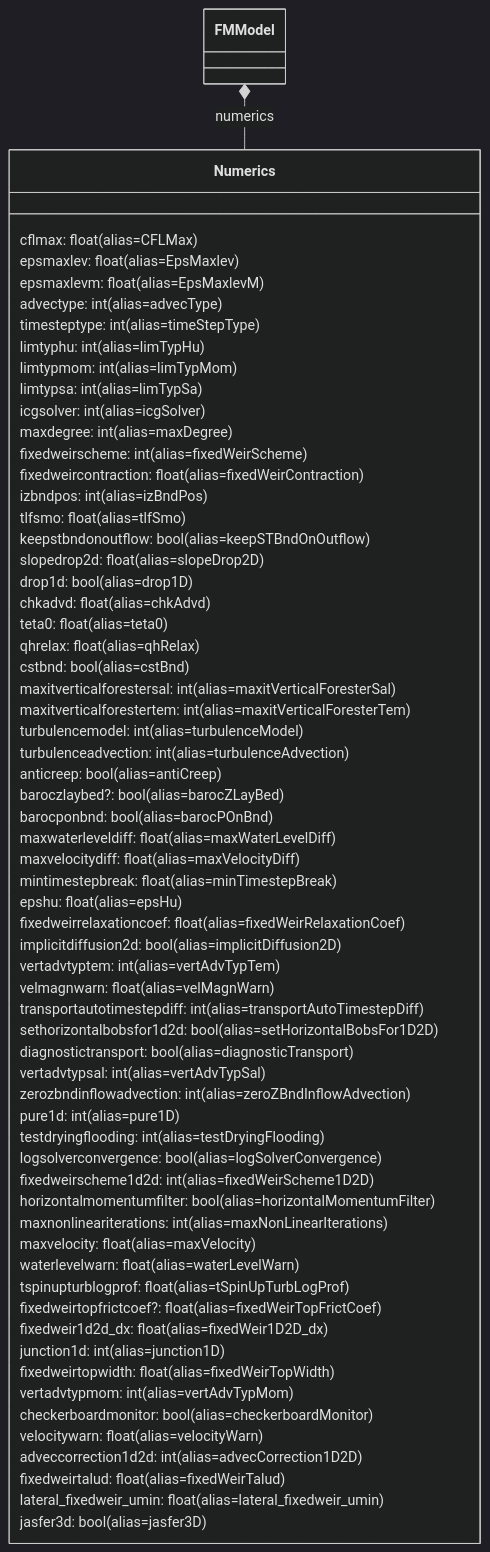
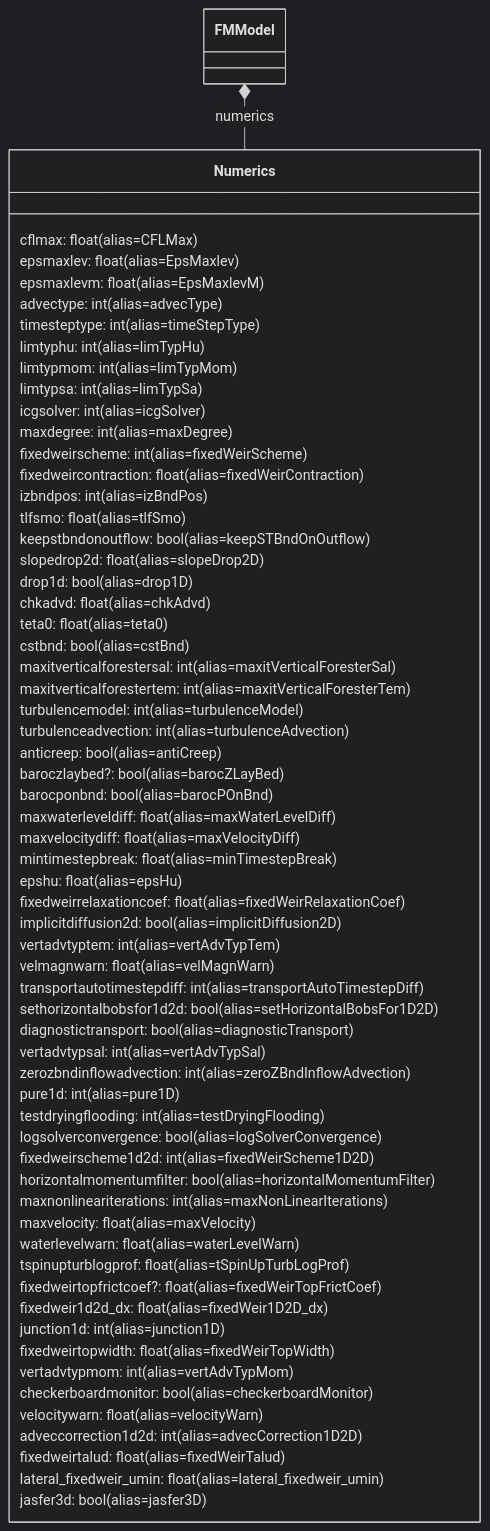
One commit to Deltares/HYDROLIB-core changed the third of 8 diagrams in docs/reference/dflowfm/mdu/fm-model-attributes-detailed.md. Above: the diagram before and after it, drawn with Mermaid (dark theme). The commit also changed 1 other file, not shown here.

Commit message:
feat(models): remove deprecated 'qhrelax' field from model attributes

````diff
--- a/docs/reference/dflowfm/mdu/fm-model-attributes-detailed.md
+++ b/docs/reference/dflowfm/mdu/fm-model-attributes-detailed.md
@@ -215,72 +215,71 @@
 ```mermaid
 classDiagram
     direction TB
 
     class Numerics {
       cflmax: float (alias=CFLMax)
       epsmaxlev: float (alias=EpsMaxlev)
       epsmaxlevm: float (alias=EpsMaxlevM)
       advectype: int (alias=advecType)
       timesteptype: int (alias=timeStepType)
       limtyphu: int (alias=limTypHu)
       limtypmom: int (alias=limTypMom)
       limtypsa: int (alias=limTypSa)
       icgsolver: int (alias=icgSolver)
       maxdegree: int (alias=maxDegree)
       fixedweirscheme: int (alias=fixedWeirScheme)
       fixedweircontraction: float (alias=fixedWeirContraction)
       izbndpos: int (alias=izBndPos)
       tlfsmo: float (alias=tlfSmo)
       keepstbndonoutflow: bool (alias=keepSTBndOnOutflow)
       slopedrop2d: float (alias=slopeDrop2D)
       drop1d: bool (alias=drop1D)
       chkadvd: float (alias=chkAdvd)
       teta0: float (alias=teta0)
-      qhrelax: float (alias=qhRelax)
       cstbnd: bool (alias=cstBnd)
       maxitverticalforestersal: int (alias=maxitVerticalForesterSal)
       maxitverticalforestertem: int (alias=maxitVerticalForesterTem)
       turbulencemodel: int (alias=turbulenceModel)
       turbulenceadvection: int (alias=turbulenceAdvection)
       anticreep: bool (alias=antiCreep)
       baroczlaybed?: bool (alias=barocZLayBed)
       barocponbnd: bool (alias=barocPOnBnd)
       maxwaterleveldiff: float (alias=maxWaterLevelDiff)
       maxvelocitydiff: float (alias=maxVelocityDiff)
       mintimestepbreak: float (alias=minTimestepBreak)
       epshu: float (alias=epsHu)
       fixedweirrelaxationcoef: float (alias=fixedWeirRelaxationCoef)
       implicitdiffusion2d: bool (alias=implicitDiffusion2D)
       vertadvtyptem: int (alias=vertAdvTypTem)
       velmagnwarn: float (alias=velMagnWarn)
       transportautotimestepdiff: int (alias=transportAutoTimestepDiff)
       sethorizontalbobsfor1d2d: bool (alias=setHorizontalBobsFor1D2D)
       diagnostictransport: bool (alias=diagnosticTransport)
       vertadvtypsal: int (alias=vertAdvTypSal)
       zerozbndinflowadvection: int (alias=zeroZBndInflowAdvection)
       pure1d: int (alias=pure1D)
       testdryingflooding: int (alias=testDryingFlooding)
       logsolverconvergence: bool (alias=logSolverConvergence)
       fixedweirscheme1d2d: int (alias=fixedWeirScheme1D2D)
       horizontalmomentumfilter: bool (alias=horizontalMomentumFilter)
       maxnonlineariterations: int (alias=maxNonLinearIterations)
       maxvelocity: float (alias=maxVelocity)
       waterlevelwarn: float (alias=waterLevelWarn)
       tspinupturblogprof: float (alias=tSpinUpTurbLogProf)
       fixedweirtopfrictcoef?: float (alias=fixedWeirTopFrictCoef)
       fixedweir1d2d_dx: float (alias=fixedWeir1D2D_dx)
       junction1d: int (alias=junction1D)
       fixedweirtopwidth: float (alias=fixedWeirTopWidth)
       vertadvtypmom: int (alias=vertAdvTypMom)
       checkerboardmonitor: bool (alias=checkerboardMonitor)
       velocitywarn: float (alias=velocityWarn)
       adveccorrection1d2d: int (alias=advecCorrection1D2D)
       fixedweirtalud: float (alias=fixedWeirTalud)
       lateral_fixedweir_umin: float (alias=lateral_fixedweir_umin)
       jasfer3d: bool (alias=jasfer3D)
     }
 
     %% Connect to FMModel like in the consolidated overview
     class FMModel
     FMModel *-- Numerics : numerics
 ```
````
